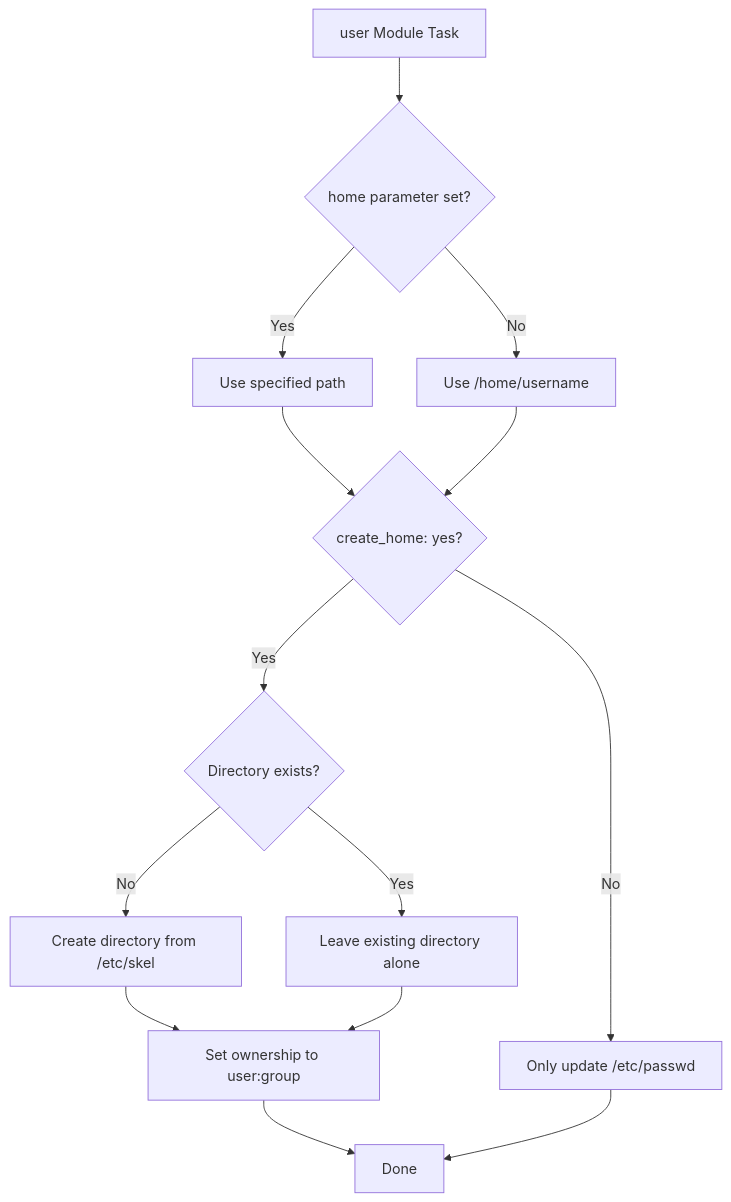
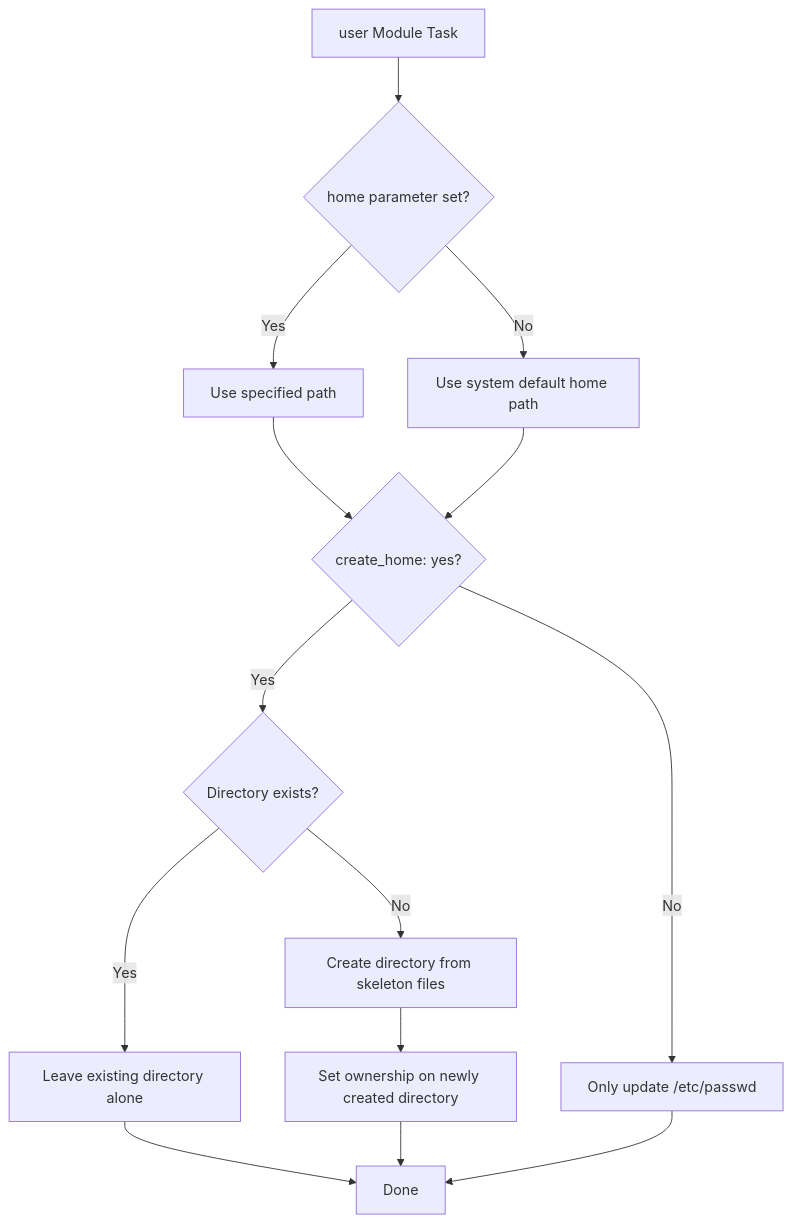
The diagram in posts/2026-02-21-how-to-set-user-home-directory-with-the-ansible-user-module/README.md (OneUptime/blog), drawn with Mermaid before and after one commit. The commit also changed other lines of this file and 2 other files, not shown here.

Commit message:
validate: 2026-02-21-how-to-set-user-home-directory-with-the-ansible-user-module

````diff
--- a/posts/2026-02-21-how-to-set-user-home-directory-with-the-ansible-user-module/README.md
+++ b/posts/2026-02-21-how-to-set-user-home-directory-with-the-ansible-user-module/README.md
@@ -84,16 +85,16 @@
 ```mermaid
 flowchart TD
     A[user Module Task] --> B{home parameter set?}
     B -->|Yes| C[Use specified path]
-    B -->|No| D[Use /home/username]
+    B -->|No| D[Use system default home path]
     C --> E{create_home: yes?}
     D --> E
     E -->|Yes| F{Directory exists?}
     E -->|No| G[Only update /etc/passwd]
-    F -->|No| H[Create directory from /etc/skel]
+    F -->|No| H[Create directory from skeleton files]
     F -->|Yes| I[Leave existing directory alone]
-    H --> J[Set ownership to user:group]
-    I --> J
+    H --> J[Set ownership on newly created directory]
+    I --> K
     J --> K[Done]
     G --> K
 ```
````
